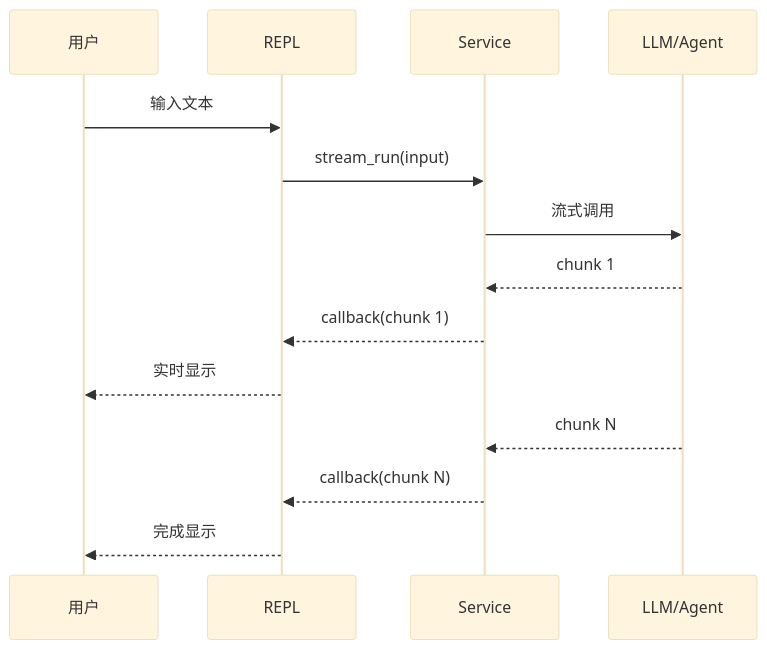
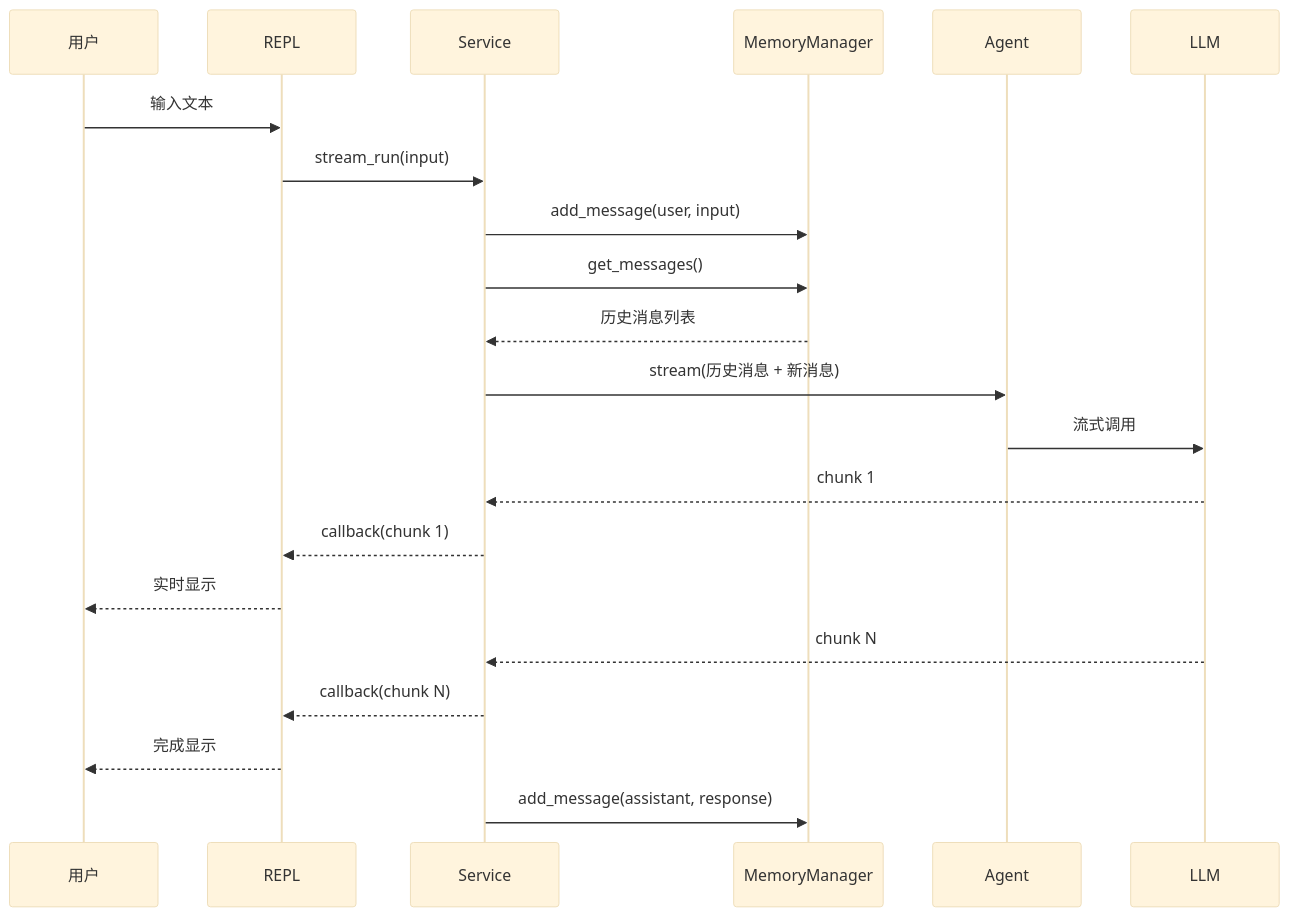
One commit to leizhuang1332/minerbot changed the third of 14 diagrams in docs/architecture.md. Above: the diagram before and after it, drawn with Mermaid (base theme). The commit also changed other lines of this file and 4 other files, not shown here.

````diff
--- a/docs/architecture.md
+++ b/docs/architecture.md
@@ -156,17 +177,24 @@
 ```mermaid
 sequenceDiagram
     participant User as 用户
     participant REPL as REPL
     participant Service as Service
-    participant LLM as LLM/Agent
+    participant Memory as MemoryManager
+    participant Agent as Agent
+    participant LLM as LLM
 
     User->>REPL: 输入文本
     REPL->>Service: stream_run(input)
-    Service->>LLM: 流式调用
+    Service->>Memory: add_message(user, input)
+    Service->>Memory: get_messages()
+    Memory-->>Service: 历史消息列表
+    Service->>Agent: stream(历史消息 + 新消息)
+    Agent->>LLM: 流式调用
     LLM-->>Service: chunk 1
     Service-->>REPL: callback(chunk 1)
     REPL-->>User: 实时显示
     LLM-->>Service: chunk N
     Service-->>REPL: callback(chunk N)
     REPL-->>User: 完成显示
+    Service->>Memory: add_message(assistant, response)
 ```
````
